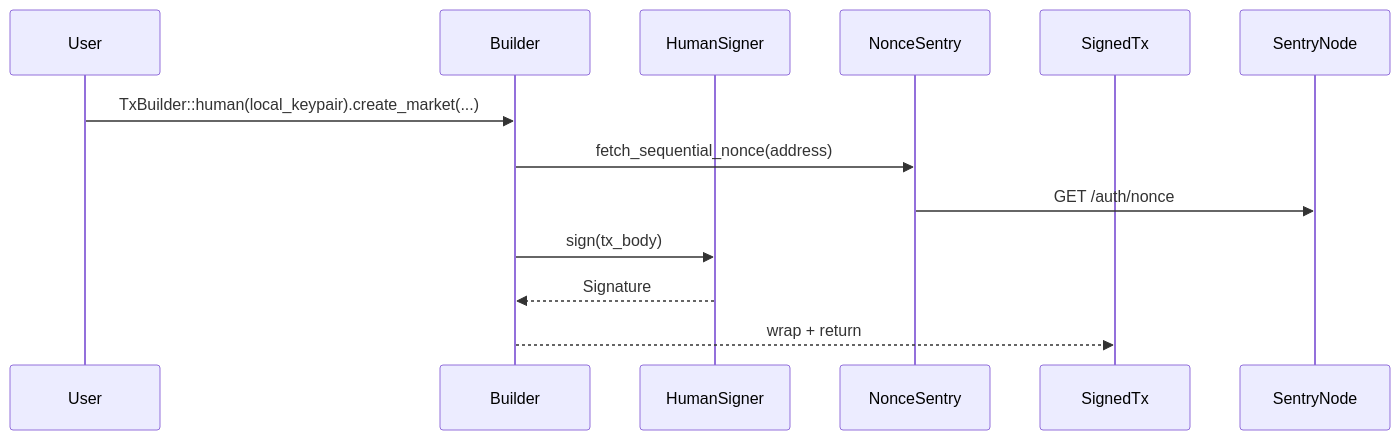
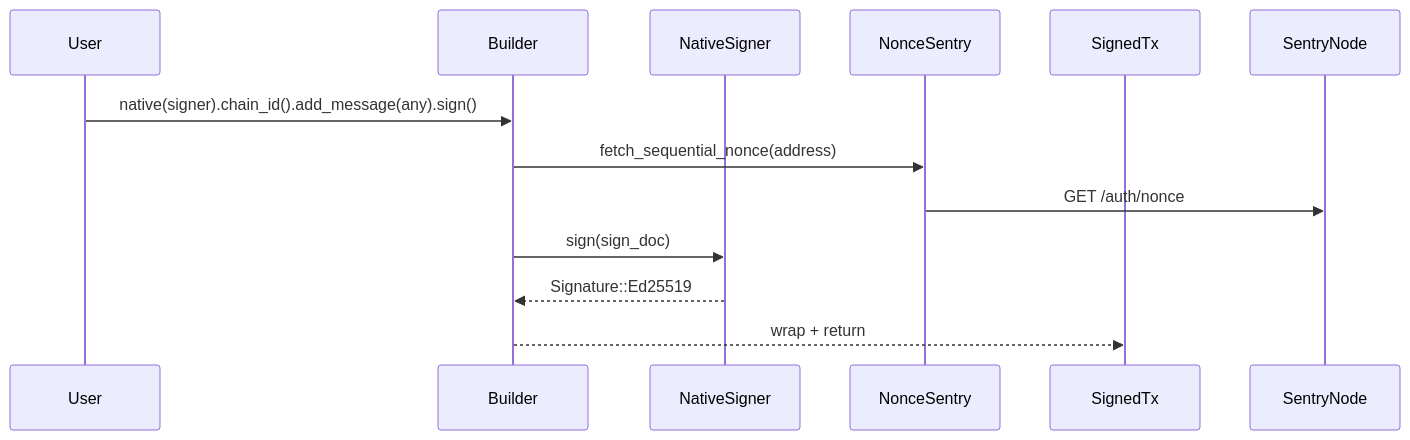
Before and after one commit to morpheum-labs/morpheum-signing: the second of 4 diagrams in signing.md, drawn with Mermaid. The commit also changed other lines of this file and 55 other files, not shown here.

````diff
--- a/signing.md
+++ b/signing.md
@@ -172,14 +248,14 @@
 ```mermaid
 sequenceDiagram
     participant User
     participant Builder
-    participant HumanSigner
+    participant NativeSigner
     participant NonceSentry
     participant SignedTx
-    User->>Builder: TxBuilder::human(local_keypair).create_market(...)
+    User->>Builder: native(signer).chain_id().add_message(any).sign()
     Builder->>NonceSentry: fetch_sequential_nonce(address)
     NonceSentry->>SentryNode: GET /auth/nonce
-    Builder->>HumanSigner: sign(tx_body)
-    HumanSigner-->>Builder: Signature
+    Builder->>NativeSigner: sign(sign_doc)
+    NativeSigner-->>Builder: Signature::Ed25519
     Builder-->>SignedTx: wrap + return
 ```
````
